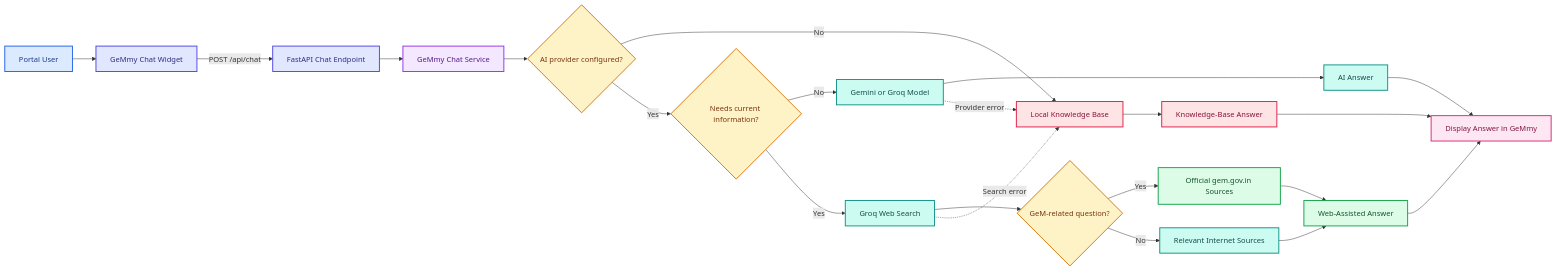
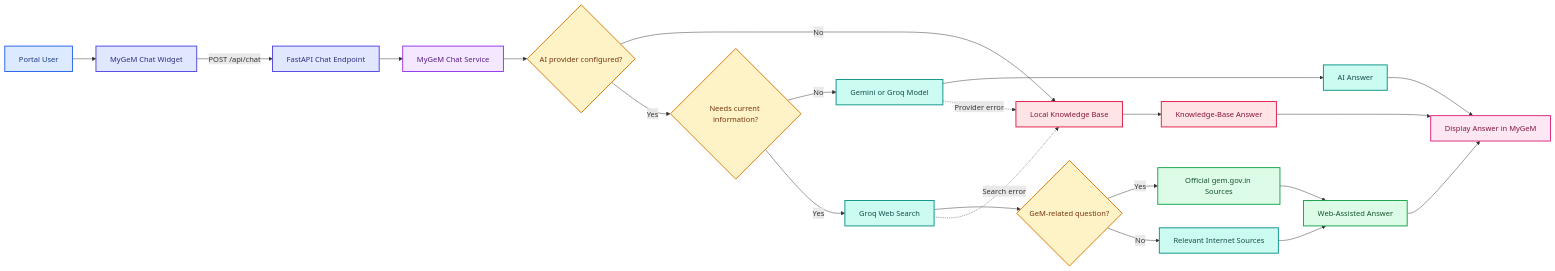
The second of 2 diagrams in brain.md (Yogeshsingh123-LAB/-AI-Powered-Integrated-Bid-Compliance-Verification-Platform-for-GeM-Procurement), drawn with Mermaid before and after one commit. The commit also changed other lines of this file and 3 other files, not shown here.

````diff
--- a/brain.md
+++ b/brain.md
@@ -91,47 +91,47 @@
 ```mermaid
 flowchart LR
-    U["Portal User"] --> W["GeMmy Chat Widget"]
+    U["Portal User"] --> W["MyGeM Chat Widget"]
     W -->|"POST /api/chat"| A["FastAPI Chat Endpoint"]
-    A --> S["GeMmy Chat Service"]
+    A --> S["MyGeM Chat Service"]
 
     S --> Q{"AI provider configured?"}
     Q -->|"No"| K["Local Knowledge Base"]
     Q -->|"Yes"| T{"Needs current information?"}
 
     T -->|"No"| G["Gemini or Groq Model"]
     T -->|"Yes"| X["Groq Web Search"]
 
     X --> R{"GeM-related question?"}
     R -->|"Yes"| O["Official gem.gov.in Sources"]
     R -->|"No"| P["Relevant Internet Sources"]
 
     G --> AI["AI Answer"]
     O --> WEB["Web-Assisted Answer"]
     P --> WEB
 
     G -. "Provider error" .-> K
     X -. "Search error" .-> K
     K --> FALL["Knowledge-Base Answer"]
 
-    AI --> UI["Display Answer in GeMmy"]
+    AI --> UI["Display Answer in MyGeM"]
     WEB --> UI
     FALL --> UI
 
     classDef user fill:#DBEAFE,stroke:#2563EB,color:#1E3A8A,stroke-width:2px;
     classDef interface fill:#E0E7FF,stroke:#4F46E5,color:#312E81,stroke-width:2px;
     classDef service fill:#F3E8FF,stroke:#9333EA,color:#581C87,stroke-width:2px;
     classDef decision fill:#FEF3C7,stroke:#D97706,color:#78350F,stroke-width:2px;
     classDef ai fill:#CCFBF1,stroke:#0D9488,color:#134E4A,stroke-width:2px;
     classDef official fill:#DCFCE7,stroke:#16A34A,color:#14532D,stroke-width:2px;
     classDef fallback fill:#FFE4E6,stroke:#E11D48,color:#881337,stroke-width:2px;
     classDef output fill:#FCE7F3,stroke:#DB2777,color:#831843,stroke-width:2px;
 
     class U user;
     class W,A interface;
     class S service;
     class Q,T,R decision;
     class G,X,AI,P ai;
     class O,WEB official;
     class K,FALL fallback;
     class UI output;
 ```
````
